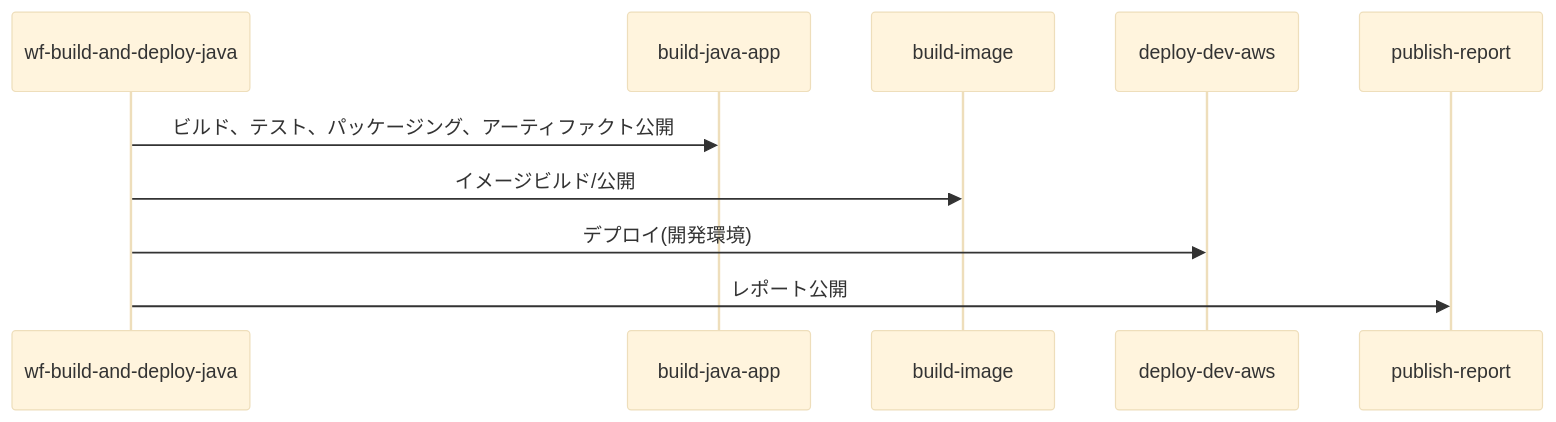
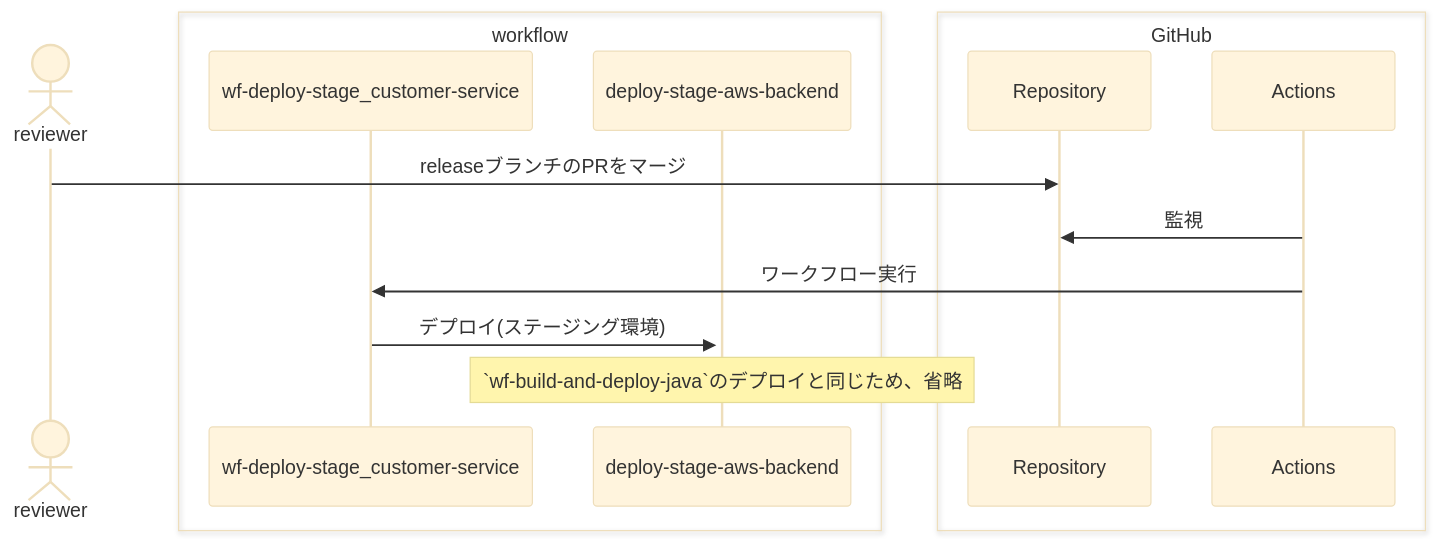
Before and after one commit to ubata-mamezou/consider-cicd: the third of 4 diagrams in .github/sample-code-explanation.md, drawn with Mermaid (base theme). The commit also changed other lines of this file and 22 other files, not shown here.

````diff
--- a/.github/sample-code-explanation.md
+++ b/.github/sample-code-explanation.md
@@ -37,7 +193,20 @@
 ```mermaid
 sequenceDiagram
-  wf-build-and-deploy-java ->> build-java-app: ビルド、テスト、パッケージング、アーティファクト公開
-  wf-build-and-deploy-java ->> build-image: イメージビルド/公開
-  wf-build-and-deploy-java ->> deploy-dev-aws: デプロイ(開発環境)
-  wf-build-and-deploy-java ->> publish-report: レポート公開
+  actor reviewer
+
+  box workflow
+    participant wf-deploy-stage_customer-service
+    participant deploy-stage-aws-backend
+  end
+
+  box GitHub
+    participant Repository
+    participant Actions
+  end
+
+  reviewer ->> Repository: releaseブランチのPRをマージ
+  Actions ->> Repository: 監視
+  Actions ->> wf-deploy-stage_customer-service: ワークフロー実行
+    wf-deploy-stage_customer-service ->>+ deploy-stage-aws-backend: デプロイ(ステージング環境)
+    note over deploy-stage-aws-backend: `wf-build-and-deploy-java`のデプロイと同じため、省略
 ```
````
